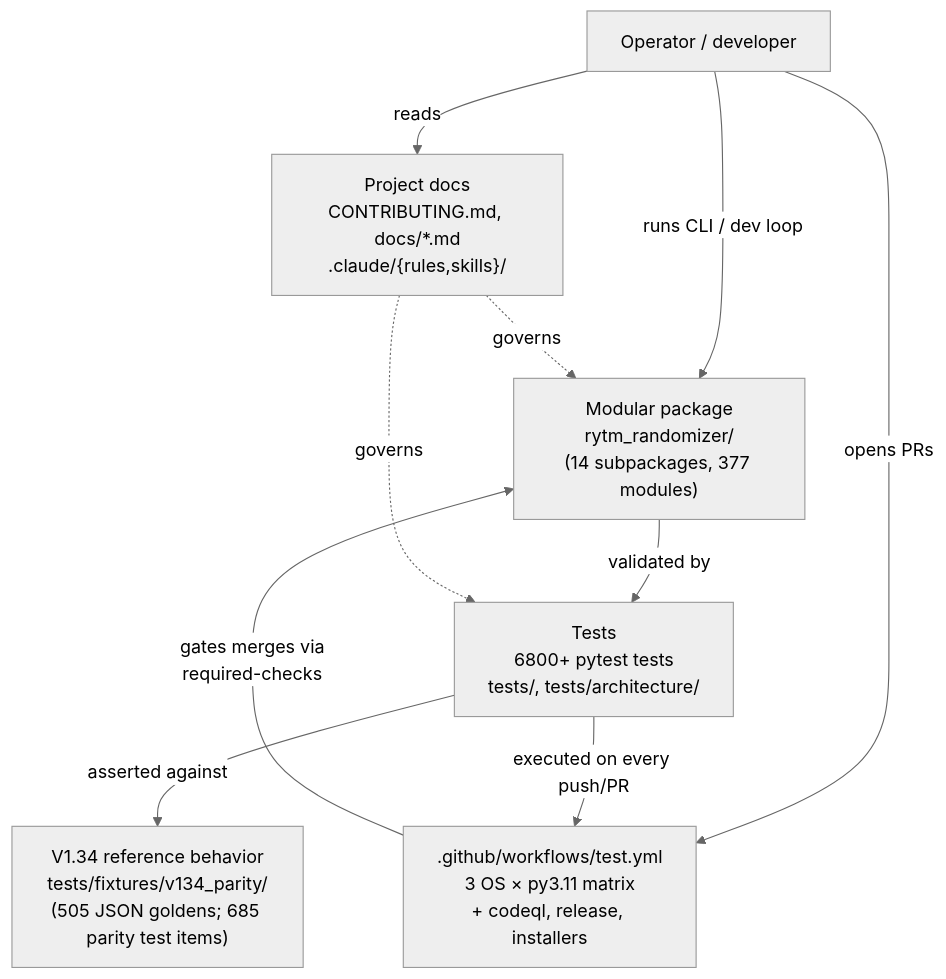
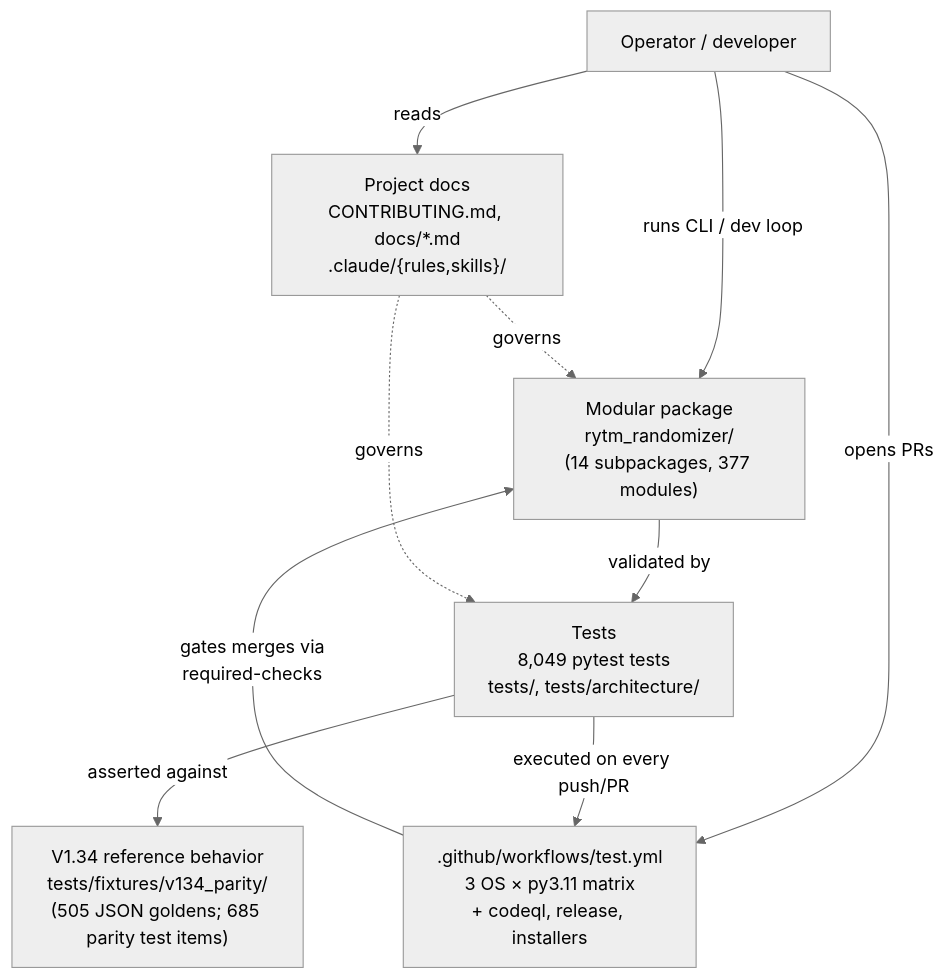
One commit to buzzijose-hub/RytmRandomizer changed the first of 34 diagrams in docs/ARCHITECTURE_DIAGRAMS.md. Above: the diagram before and after it, drawn with Mermaid (neutral theme). The commit also changed other lines of this file and 2 other files, not shown here.

Commit message:
docs: complete RIO145 architecture catalog

````diff
--- a/docs/ARCHITECTURE_DIAGRAMS.md
+++ b/docs/ARCHITECTURE_DIAGRAMS.md
@@ -52,22 +52,22 @@
 ```mermaid
 flowchart TB
     User["Operator / developer"]
     V134["V1.34 reference behavior<br/>tests/fixtures/v134_parity/<br/>(505 JSON goldens; 685 parity test items)"]
     Package["Modular package<br/>rytm_randomizer/<br/>(14 subpackages, 377 modules)"]
-    Tests["Tests<br/>6800+ pytest tests<br/>tests/, tests/architecture/"]
+    Tests["Tests<br/>8,049 pytest tests<br/>tests/, tests/architecture/"]
     CI[".github/workflows/test.yml<br/>3 OS × py3.11 matrix<br/>+ codeql, release, installers"]
     Docs["Project docs<br/>CONTRIBUTING.md, docs/*.md<br/>.claude/{rules,skills}/"]
 
     User -->|"runs CLI / dev loop"| Package
     User -->|"opens PRs"| CI
     User -->|"reads"| Docs
 
     Package -->|"validated by"| Tests
     Tests -->|"asserted against"| V134
     Tests -->|"executed on every push/PR"| CI
 
     CI -->|"gates merges via<br/>required-checks"| Package
 
     Docs -.->|"governs"| Package
     Docs -.->|"governs"| Tests
 ```
````
